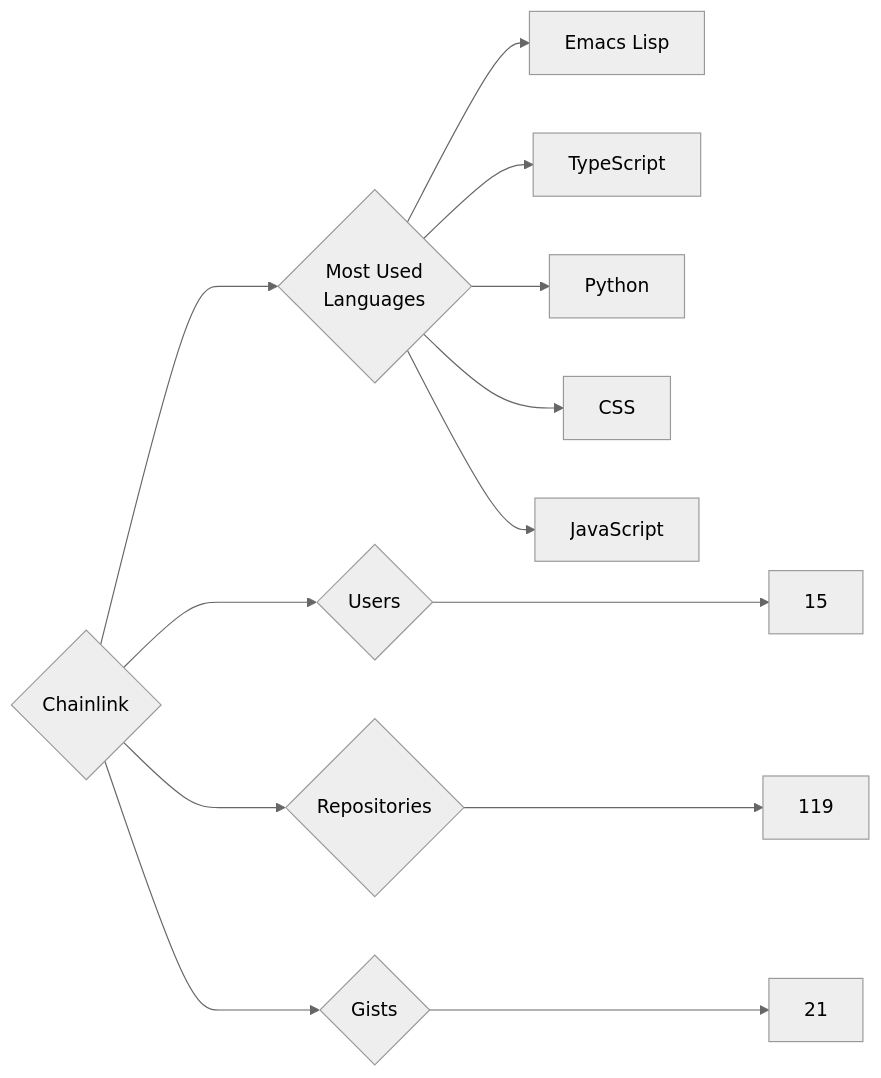
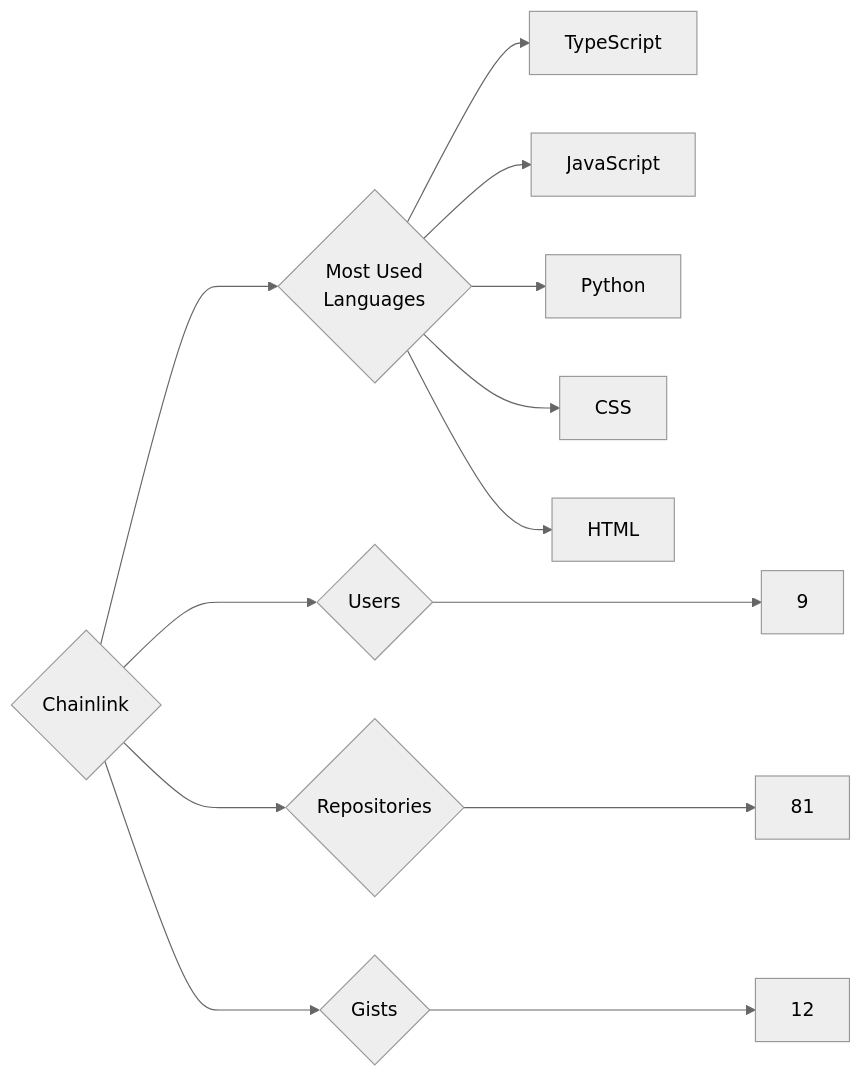
One commit to trickest/insiders changed the diagram in targets/Chainlink/README.md. Above: the diagram before and after it, drawn with Mermaid (neutral theme). The commit also changed 1120 other files, not shown here.

````diff
--- a/targets/Chainlink/README.md
+++ b/targets/Chainlink/README.md
@@ -3,13 +3,13 @@
 ```mermaid
 graph LR
 COMPANY_NAME{Chainlink}
-COMPANY_NAME ---> U{Users} ---> UN[15]
-COMPANY_NAME ---> R{Repositories} ---> RN[119]
-COMPANY_NAME ---> G{Gists} ---> GN[21]
+COMPANY_NAME ---> U{Users} ---> UN[9]
+COMPANY_NAME ---> R{Repositories} ---> RN[81]
+COMPANY_NAME ---> G{Gists} ---> GN[12]
 COMPANY_NAME ---> ML{Most Used<br>Languages}
-ML --> Emacs_Lisp[Emacs Lisp]
 ML --> TypeScript[TypeScript]
+ML --> JavaScript[JavaScript]
 ML --> Python[Python]
 ML --> CSS[CSS]
-ML --> JavaScript[JavaScript]
+ML --> HTML[HTML]
 ```
````
